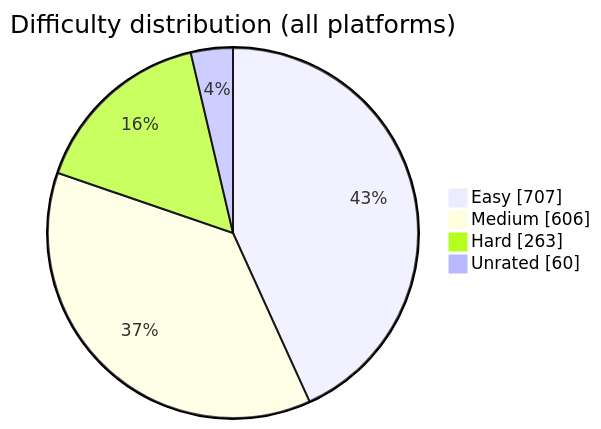
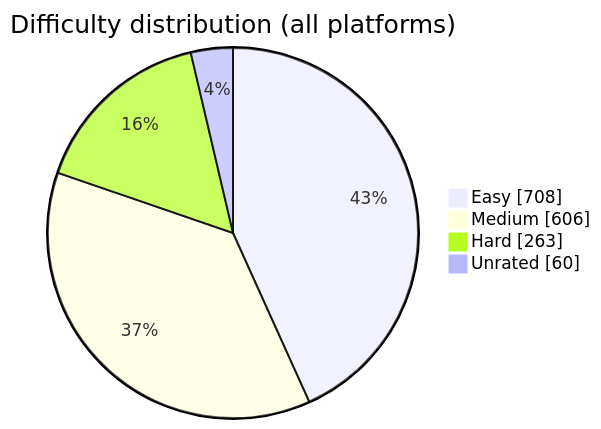
Before and after one commit to BuildbyArindam/Daily-Coding-Log: the diagram in README.md, drawn with Mermaid. The commit also changed other lines of this file, not shown here.

````diff
--- a/README.md
+++ b/README.md
@@ -93,7 +93,7 @@
 ```mermaid
 pie showData title Difficulty distribution (all platforms)
-    "Easy" : 707
+    "Easy" : 708
     "Medium" : 606
     "Hard" : 263
     "Unrated" : 60
 ```
````
